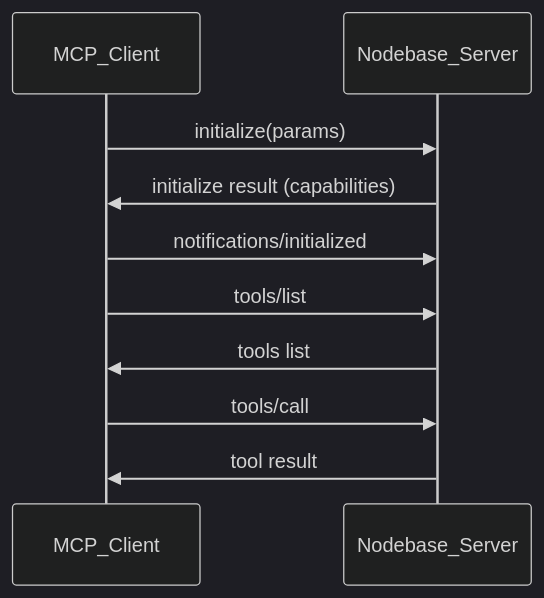
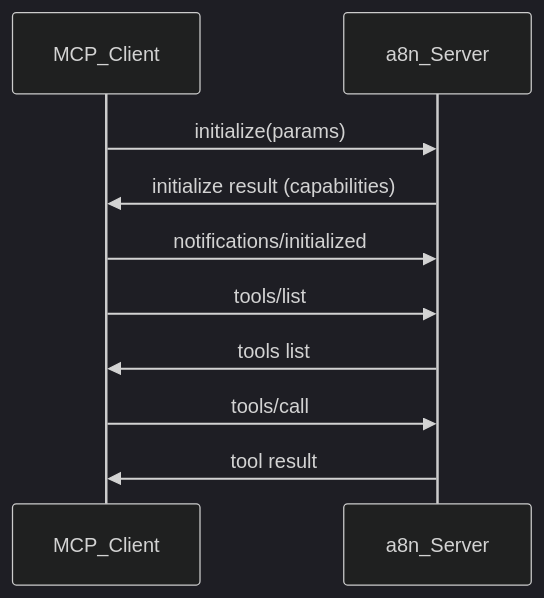
The first of 2 diagrams in docs/mcp/02-protocol-deep-dive.md (aditya-deokar/a8n), drawn with Mermaid (dark theme) before and after one commit. The commit also changed other lines of this file and 69 other files, not shown here.

Commit message:
feat: implement core MCP server architecture, authentication middleware, and comprehensive project documentation

````diff
--- a/docs/mcp/02-protocol-deep-dive.md
+++ b/docs/mcp/02-protocol-deep-dive.md
@@ -74,13 +74,13 @@
 ```mermaid
 sequenceDiagram
   participant Client as MCP_Client
-  participant Server as Nodebase_Server
+  participant Server as a8n_Server
 
   Client->>Server: initialize(params)
   Server->>Client: initialize result (capabilities)
   Client->>Server: notifications/initialized
   Client->>Server: tools/list
   Server->>Client: tools list
   Client->>Server: tools/call
   Server->>Client: tool result
 ```
````
